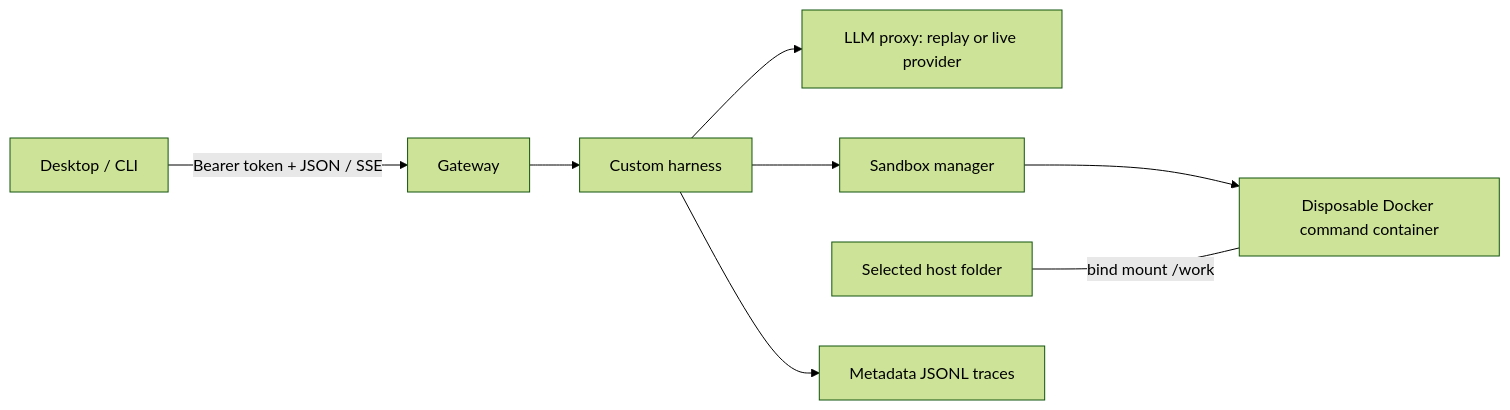
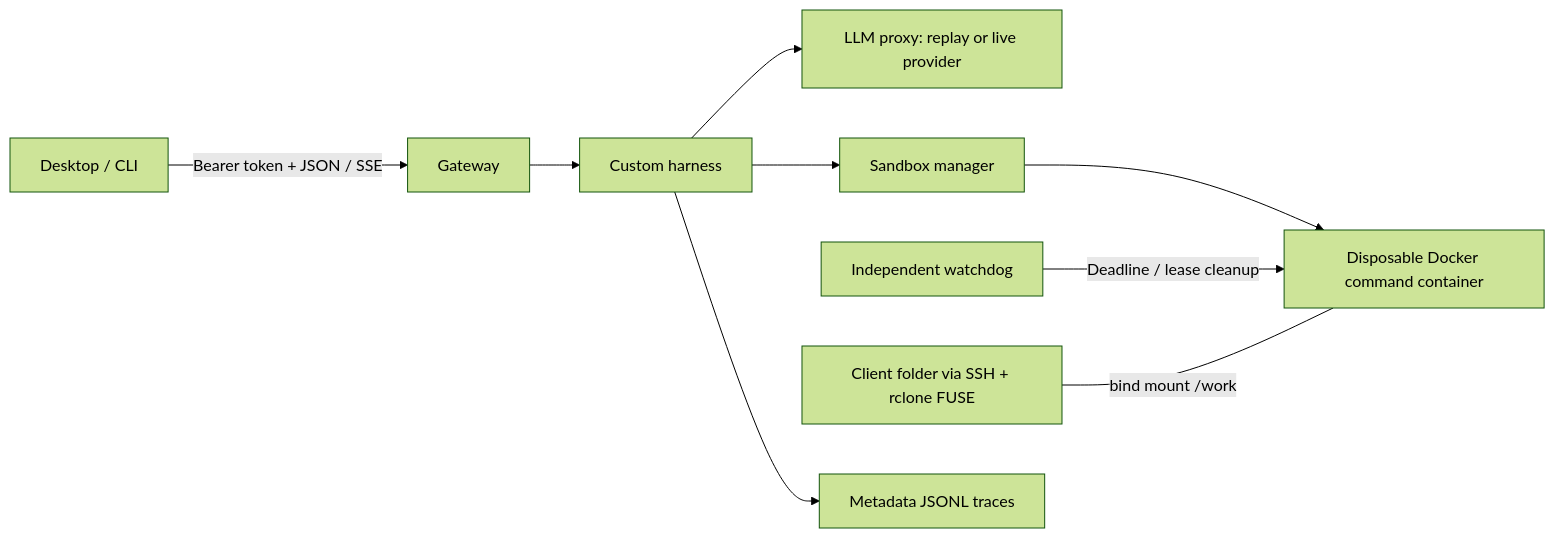
One commit to r9zhenka/itmo-agent-runtime-track-a changed the diagram in README.md. Above: the diagram before and after it, drawn with Mermaid (forest theme). The commit also changed other lines of this file and 63 other files, not shown here.

````diff
--- a/README.md
+++ b/README.md
@@ -30,10 +46,11 @@
 ```mermaid
 flowchart LR
     C[Desktop / CLI] -->|Bearer token + JSON / SSE| G[Gateway]
     G --> H[Custom harness]
     H --> P[LLM proxy: replay or live provider]
     H --> S[Sandbox manager]
     S --> D[Disposable Docker command container]
-    W[Selected host folder] ---|bind mount /work| D
+    X[Independent watchdog] -->|Deadline / lease cleanup| D
+    W[Client folder via SSH + rclone FUSE] ---|bind mount /work| D
     H --> T[Metadata JSONL traces]
 ```
````
